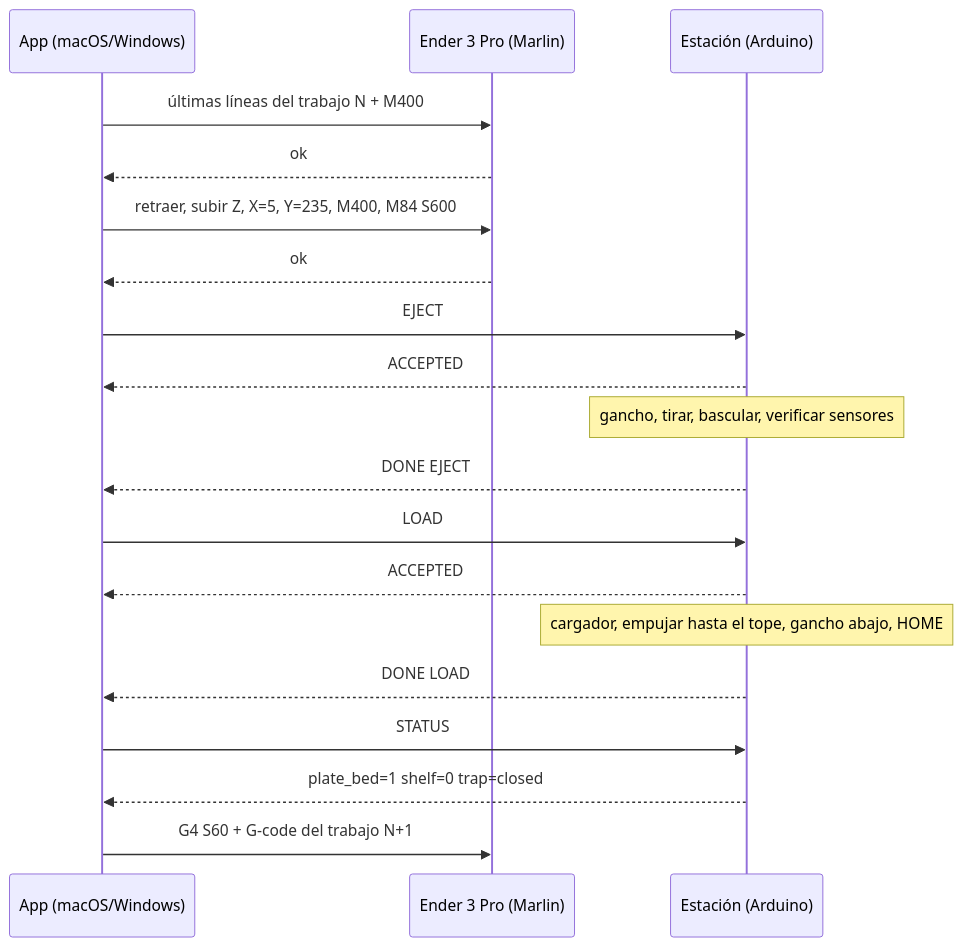
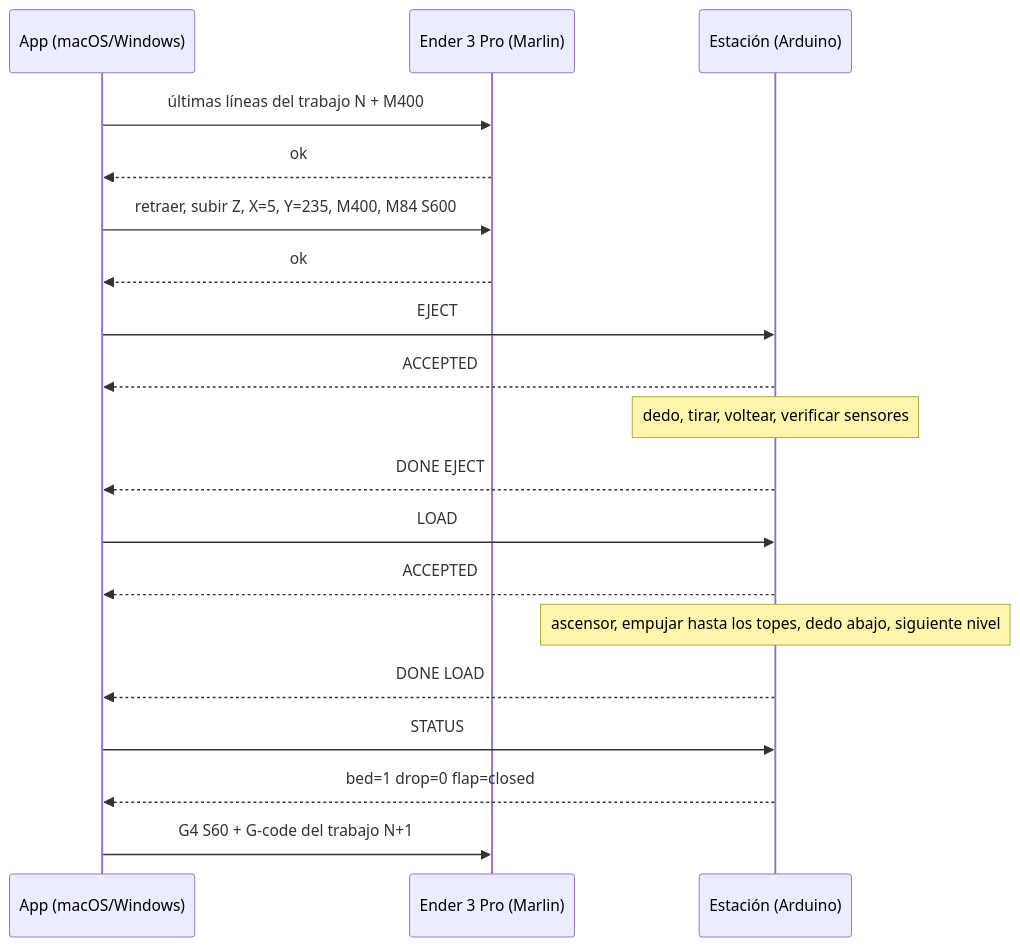
One commit to ASolisEk/AutoSwapEnder3Pro changed the first of 2 diagrams in PLAN_DETALLADO_AUTOSWAP_ENDER3PRO.md. Above: the diagram before and after it, drawn with Mermaid. The commit also changed other lines of this file and 114 other files, not shown here.

````diff
--- a/PLAN_DETALLADO_AUTOSWAP_ENDER3PRO.md
+++ b/PLAN_DETALLADO_AUTOSWAP_ENDER3PRO.md
@@ -378,21 +401,21 @@
 ```mermaid
 sequenceDiagram
     participant App as App (macOS/Windows)
     participant Imp as Ender 3 Pro (Marlin)
     participant ECF as Estación (Arduino)
     App->>Imp: últimas líneas del trabajo N + M400
     Imp-->>App: ok
     App->>Imp: retraer, subir Z, X=5, Y=235, M400, M84 S600
     Imp-->>App: ok
     App->>ECF: EJECT
     ECF-->>App: ACCEPTED
-    Note over ECF: gancho, tirar, bascular, verificar sensores
+    Note over ECF: dedo, tirar, voltear, verificar sensores
     ECF-->>App: DONE EJECT
     App->>ECF: LOAD
     ECF-->>App: ACCEPTED
-    Note over ECF: cargador, empujar hasta el tope, gancho abajo, HOME
+    Note over ECF: ascensor, empujar hasta los topes, dedo abajo, siguiente nivel
     ECF-->>App: DONE LOAD
     App->>ECF: STATUS
-    ECF-->>App: plate_bed=1 shelf=0 trap=closed
+    ECF-->>App: bed=1 drop=0 flap=closed
     App->>Imp: G4 S60 + G-code del trabajo N+1
 ```
````
